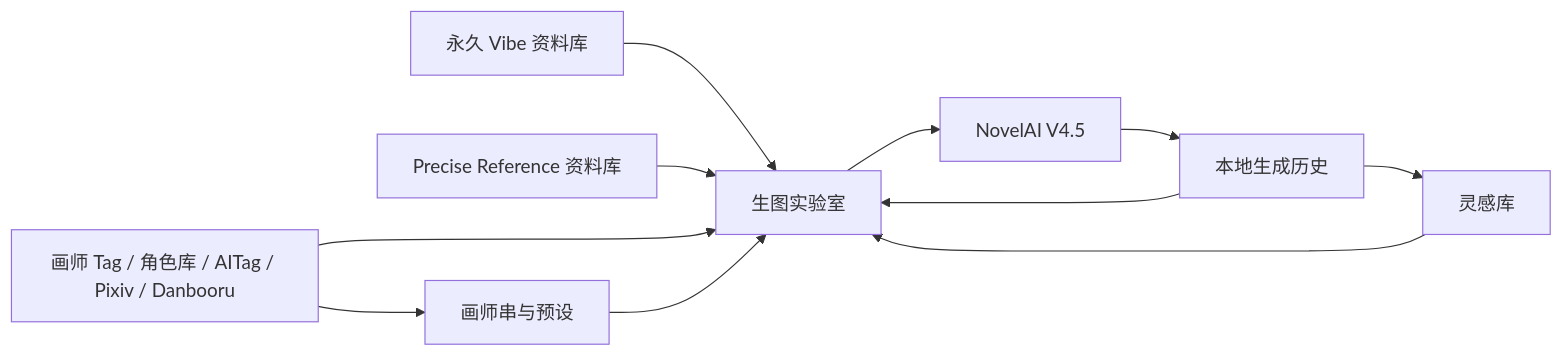
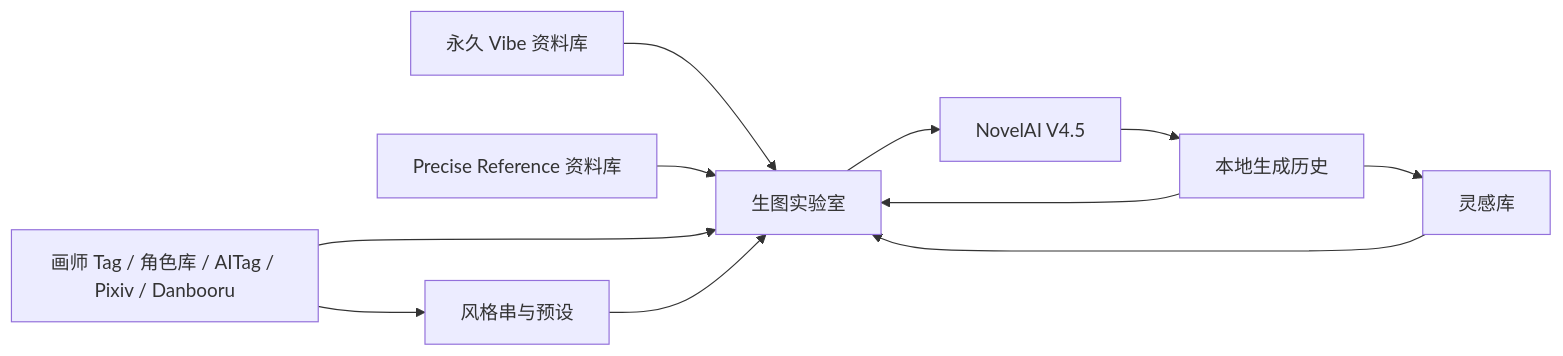
One commit to HelloQun54321/nai-atelier changed the first of 3 diagrams in README.md. Above: the diagram before and after it, drawn with Mermaid. The commit also changed other lines of this file and 19 other files, not shown here.

````diff
--- a/README.md
+++ b/README.md
@@ -60,13 +60,13 @@
 ```mermaid
 flowchart LR
-    A["画师 Tag / 角色库 / AITag / Pixiv / Danbooru"] --> B["画师串与预设"]
+    A["画师 Tag / 角色库 / AITag / Pixiv / Danbooru"] --> B["风格串与预设"]
     V["永久 Vibe 资料库"] --> C["生图实验室"]
     P["Precise Reference 资料库"] --> C
     A --> C["生图实验室"]
     B --> C
     C --> D["NovelAI V4.5"]
     D --> E["本地生成历史"]
     E --> F["灵感库"]
     E --> C
     F --> C
 ```
````
